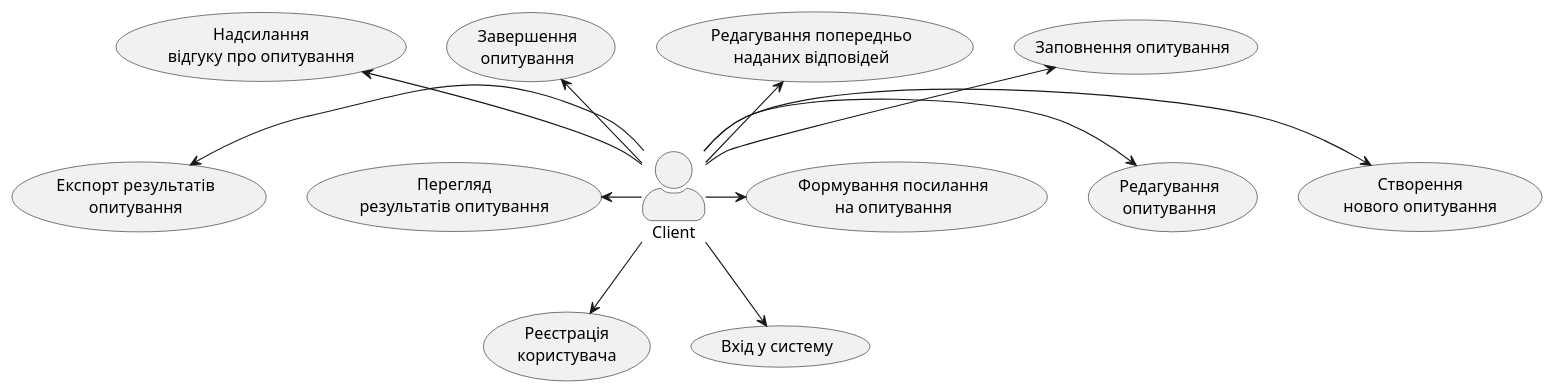
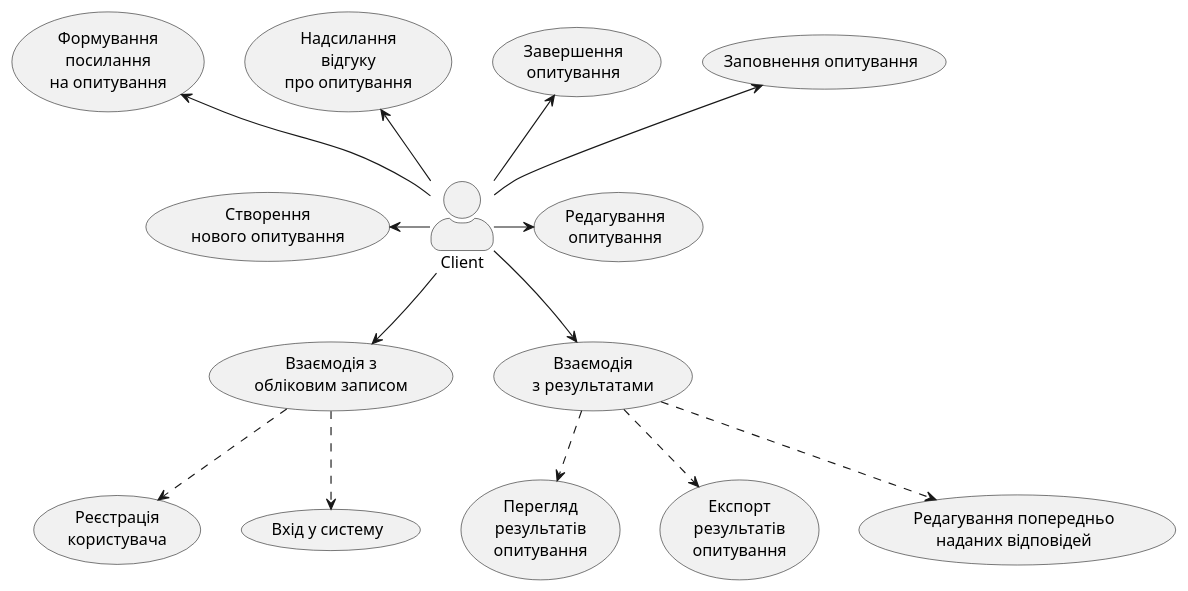
One commit to wh0smarg0/db_labs_gr1 changed the second of 18 diagrams in docs/use cases/README.md. Above: the diagram before and after it, drawn with PlantUML. The commit also changed other lines of this file, not shown here.

````diff
--- a/docs/use cases/README.md
+++ b/docs/use cases/README.md
@@ -41,28 +32,39 @@
 ```plantuml
 @startuml
 skinparam actorStyle awesome
 actor Client
-(Client) -down-> (UserReg)
-(Client) -down-> (UserLogin)
-(Client) -right-> (CreateNewSurvey)
-(Client) -right-> (EditSurvey)
-(Client) -right-> (CreateLinkToSurvey)
-(Client) -up-> (FillNewSurvey)
-(Client) -up-> (EditPrevAnswers)
-(Client) -up-> (EndSurvey)
-(Client) -up-> (SendSurveyFeedback)
-(Client) -left-> (CheckSurveyRes)
-(Client) -left-> (ExportSurveyRes)
-(UserReg) as "Реєстрація\nкористувача"
-(UserLogin) as "Вхід у систему"
-(CreateNewSurvey) as "Створення\nнового опитування"
-(EditSurvey) as "Редагування\nопитування"
-(CreateLinkToSurvey) as "Формування посилання\nна опитування"
-(FillNewSurvey) as "Заповнення опитування"
-(EditPrevAnswers) as "Редагування попередньо\nнаданих відповідей"
-(EndSurvey) as "Завершення\nопитування"
-(SendSurveyFeedback) as "Надсилання\nвідгуку про опитування"
-(CheckSurveyRes) as "Перегляд\nрезультатів опитування"
-(ExportSurveyRes) as "Експорт результатів\nопитування"
+
+usecase "Взаємодія з\nобліковим записом" as US1
+usecase "Реєстрація\nкористувача" as US2
+usecase "Вхід у систему" as US3
+
+usecase "Створення\nнового опитування" as US4
+usecase "Заповнення опитування" as US5
+usecase "Завершення\nопитування" as US6
+
+usecase "Взаємодія\nз результатами" as US7
+usecase "Перегляд\nрезультатів\nопитування" as US8
+usecase "Експорт\nрезультатів\nопитування" as US9
+usecase "Редагування попередньо\nнаданих відповідей" as US10
+
+usecase "Редагування\nопитування" as US11
+usecase "Надсилання\nвідгуку\nпро опитування" as US12
+usecase "Формування\nпосилання\nна опитування" as US13
+
+Client -u-> US1
+US1 ..> US2
+US1 ..> US3
+Client -[hidden]-> US1
+Client -[hidden]-> US7
+Client -l-> US4
+Client -u-> US5
+Client -u-> US6
+Client -d-> US7
+US7 ..> US8
+US7 ..> US9
+US7 ..> US10
+Client -r-> US11
+Client -u-> US12
+Client -u-> US13
 @enduml
 ```
````
